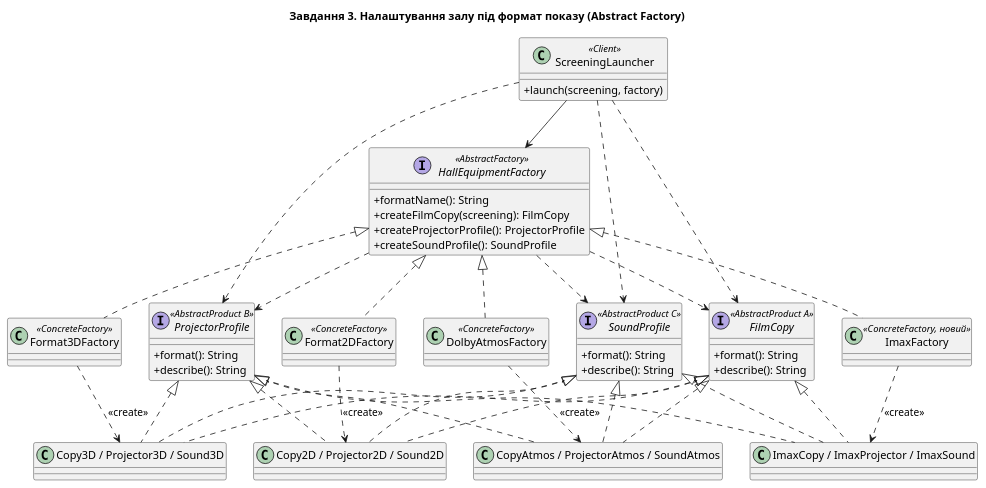
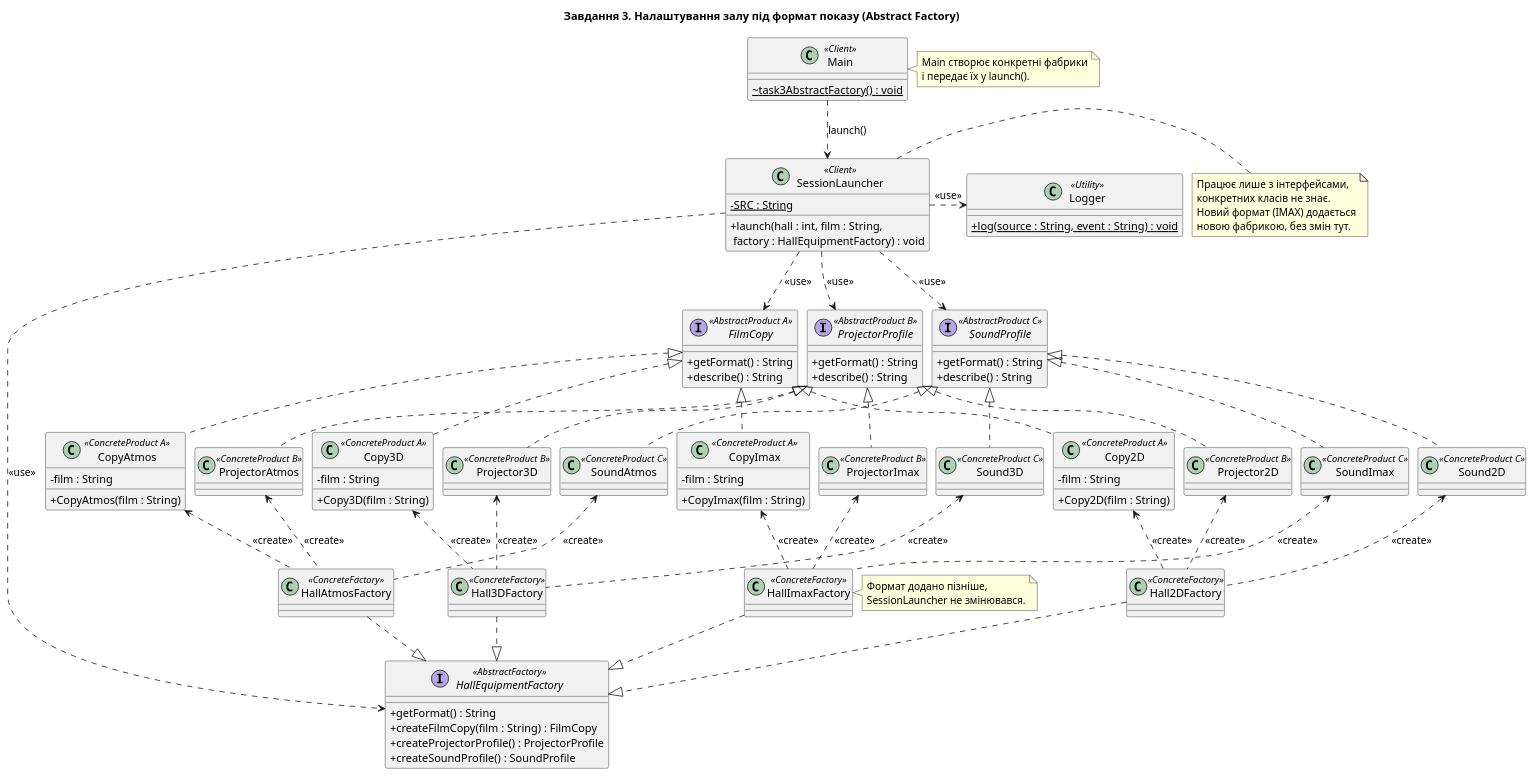
The diagram in docs/diagrams/builder/task3_abstract_factory.puml (MaykaXX/lab10), drawn with PlantUML before and after one commit. The commit also changed 1 other file, not shown here.

Commit message:
add puml diagram

```diff
--- a/docs/diagrams/builder/task3_abstract_factory.puml
+++ b/docs/diagrams/builder/task3_abstract_factory.puml
@@ -1,70 +1,138 @@
-@startuml
+@startuml task3_abstract_factory
 title Завдання 3. Налаштування залу під формат показу (Abstract Factory)
 skinparam classAttributeIconSize 0
+skinparam nodesep 12
+skinparam ranksep 55
+
+class Main <<Client>> {
+  ~ {static} task3AbstractFactory() : void
+}
+
+class SessionLauncher <<Client>> {
+  - {static} SRC : String
+  + launch(hall : int, film : String,\n factory : HallEquipmentFactory) : void
+}
+
+class Logger <<Utility>> {
+  + {static} log(source : String, event : String) : void
+}
 
 interface FilmCopy <<AbstractProduct A>> {
-  +format(): String
-  +describe(): String
+  + getFormat() : String
+  + describe() : String
 }
 interface ProjectorProfile <<AbstractProduct B>> {
-  +format(): String
-  +describe(): String
+  + getFormat() : String
+  + describe() : String
 }
 interface SoundProfile <<AbstractProduct C>> {
-  +format(): String
-  +describe(): String
+  + getFormat() : String
+  + describe() : String
 }
 
+class Copy2D <<ConcreteProduct A>> {
+  - film : String
+  + Copy2D(film : String)
+}
+class Projector2D <<ConcreteProduct B>>
+class Sound2D <<ConcreteProduct C>>
+
+class Copy3D <<ConcreteProduct A>> {
+  - film : String
+  + Copy3D(film : String)
+}
+class Projector3D <<ConcreteProduct B>>
+class Sound3D <<ConcreteProduct C>>
+
+class CopyAtmos <<ConcreteProduct A>> {
+  - film : String
+  + CopyAtmos(film : String)
+}
+class ProjectorAtmos <<ConcreteProduct B>>
+class SoundAtmos <<ConcreteProduct C>>
+
+class CopyImax <<ConcreteProduct A>> {
+  - film : String
+  + CopyImax(film : String)
+}
+class ProjectorImax <<ConcreteProduct B>>
+class SoundImax <<ConcreteProduct C>>
+
+class Hall2DFactory <<ConcreteFactory>>
+class Hall3DFactory <<ConcreteFactory>>
+class HallAtmosFactory <<ConcreteFactory>>
+class HallImaxFactory <<ConcreteFactory>>
+
 interface HallEquipmentFactory <<AbstractFactory>> {
-  +formatName(): String
-  +createFilmCopy(screening): FilmCopy
-  +createProjectorProfile(): ProjectorProfile
-  +createSoundProfile(): SoundProfile
+  + getFormat() : String
+  + createFilmCopy(film : String) : FilmCopy
+  + createProjectorProfile() : ProjectorProfile
+  + createSoundProfile() : SoundProfile
 }
 
-class Format2DFactory <<ConcreteFactory>>
-class Format3DFactory <<ConcreteFactory>>
-class DolbyAtmosFactory <<ConcreteFactory>>
-class ImaxFactory <<ConcreteFactory, новий>>
+note right of SessionLauncher
+  Працює лише з інтерфейсами,
+  конкретних класів не знає.
+  Новий формат (IMAX) додається
+  новою фабрикою, без змін тут.
+end note
 
-class "Copy2D / Projector2D / Sound2D" as P2D
-class "Copy3D / Projector3D / Sound3D" as P3D
-class "CopyAtmos / ProjectorAtmos / SoundAtmos" as PAT
-class "ImaxCopy / ImaxProjector / ImaxSound" as PIM
+note right of HallImaxFactory
+  Формат додано пізніше,
+  SessionLauncher не змінювався.
+end note
 
-class ScreeningLauncher <<Client>> {
-  +launch(screening, factory)
-}
+note right of Main
+  Main створює конкретні фабрики
+  і передає їх у launch().
+end note
 
-HallEquipmentFactory <|.. Format2DFactory
-HallEquipmentFactory <|.. Format3DFactory
-HallEquipmentFactory <|.. DolbyAtmosFactory
-HallEquipmentFactory <|.. ImaxFactory
+' --- рівні ---
+Main -[hidden]down-> SessionLauncher
+SessionLauncher -[hidden]right-> Logger
+FilmCopy -[hidden]right- ProjectorProfile
+ProjectorProfile -[hidden]right- SoundProfile
+SessionLauncher -[hidden]down-> ProjectorProfile
 
-HallEquipmentFactory ..> FilmCopy
-HallEquipmentFactory ..> ProjectorProfile
-HallEquipmentFactory ..> SoundProfile
+' --- клієнт ---
+Main ..> SessionLauncher : launch()
+SessionLauncher ..> FilmCopy : <<use>>
+SessionLauncher ..> ProjectorProfile : <<use>>
+SessionLauncher ..> SoundProfile : <<use>>
+SessionLauncher ..> Logger : <<use>>
 
-FilmCopy <|.. P2D
-ProjectorProfile <|.. P2D
-SoundProfile <|.. P2D
-FilmCopy <|.. P3D
-ProjectorProfile <|.. P3D
-SoundProfile <|.. P3D
-FilmCopy <|.. PAT
-ProjectorProfile <|.. PAT
-SoundProfile <|.. PAT
-FilmCopy <|.. PIM
-ProjectorProfile <|.. PIM
-SoundProfile <|.. PIM
+' --- реалізація продуктів ---
+FilmCopy <|.. Copy2D
+FilmCopy <|.. Copy3D
+FilmCopy <|.. CopyAtmos
+FilmCopy <|.. CopyImax
+ProjectorProfile <|.. Projector2D
+ProjectorProfile <|.. Projector3D
+ProjectorProfile <|.. ProjectorAtmos
+ProjectorProfile <|.. ProjectorImax
+SoundProfile <|.. Sound2D
+SoundProfile <|.. Sound3D
+SoundProfile <|.. SoundAtmos
+SoundProfile <|.. SoundImax
 
-Format2DFactory ..> P2D : <<create>>
-Format3DFactory ..> P3D : <<create>>
-DolbyAtmosFactory ..> PAT : <<create>>
-ImaxFactory ..> PIM : <<create>>
+' --- фабрики створюють продукти свого формату ---
+Copy2D <.. Hall2DFactory : <<create>>
+Projector2D <.. Hall2DFactory : <<create>>
+Sound2D <.. Hall2DFactory : <<create>>
+Copy3D <.. Hall3DFactory : <<create>>
+Projector3D <.. Hall3DFactory : <<create>>
+Sound3D <.. Hall3DFactory : <<create>>
+CopyAtmos <.. HallAtmosFactory : <<create>>
+ProjectorAtmos <.. HallAtmosFactory : <<create>>
+SoundAtmos <.. HallAtmosFactory : <<create>>
+CopyImax <.. HallImaxFactory : <<create>>
+ProjectorImax <.. HallImaxFactory : <<create>>
+SoundImax <.. HallImaxFactory : <<create>>
 
-ScreeningLauncher --> HallEquipmentFactory
-ScreeningLauncher ..> FilmCopy
-ScreeningLauncher ..> ProjectorProfile
-ScreeningLauncher ..> SoundProfile
+' --- реалізація фабрики ---
+Hall2DFactory ..|> HallEquipmentFactory
+Hall3DFactory ..|> HallEquipmentFactory
+HallAtmosFactory ..|> HallEquipmentFactory
+HallImaxFactory ..|> HallEquipmentFactory
+SessionLauncher ..> HallEquipmentFactory : <<use>>
 @enduml
```
